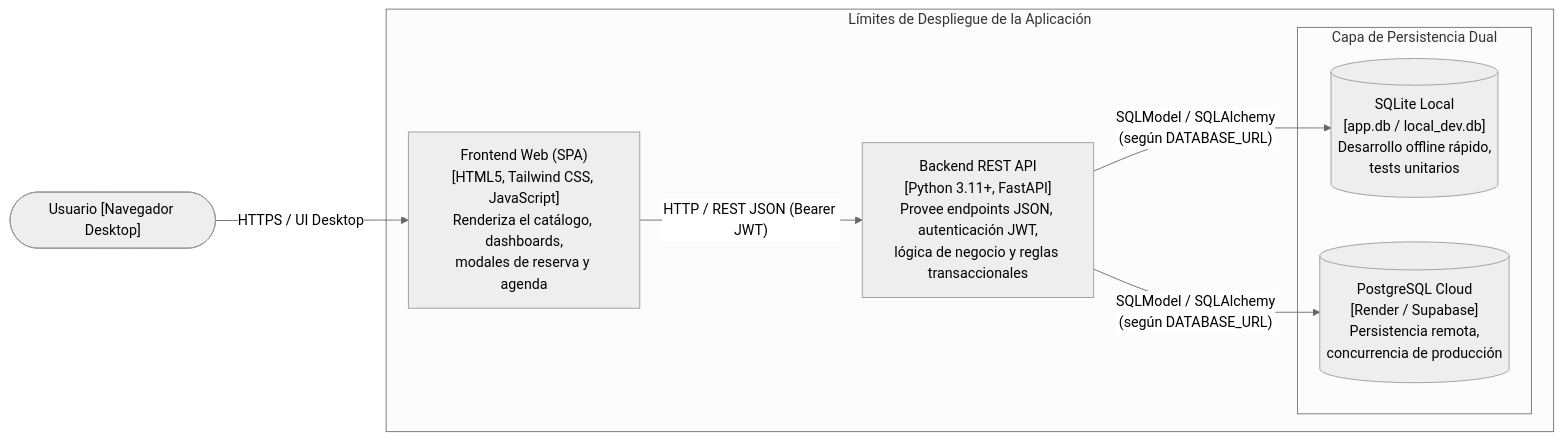
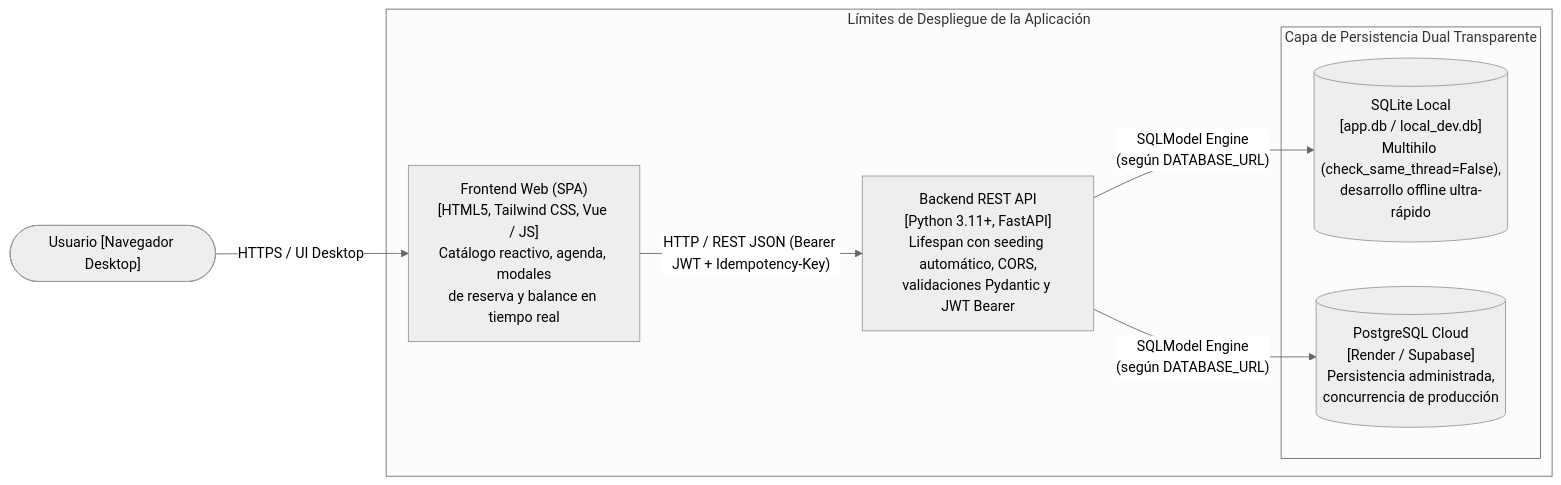
Before and after one commit to portomartin/9524: the second of 3 diagrams in proyecto-wbs/docs/Entrega/4.3.16-diagrama-de-arquitectura.md, drawn with Mermaid (neutral theme). The commit also changed other lines of this file and 3 other files, not shown here.

Commit message:
refactor(arquitectura): sincronizar 4.3.16 y slide con la implementacion real de FastAPI, SQLModel y capas del backend

````diff
--- a/proyecto-wbs/docs/Entrega/4.3.16-diagrama-de-arquitectura.md
+++ b/proyecto-wbs/docs/Entrega/4.3.16-diagrama-de-arquitectura.md
@@ -45,20 +55,20 @@
 ```mermaid
 flowchart LR
     User(["Usuario [Navegador Desktop]"])
 
-    subgraph Aplicacion["Límites de Despliegue de la Aplicación"]
-        Front["Frontend Web (SPA)\n[HTML5, Tailwind CSS, JavaScript]\nRenderiza el catálogo, dashboards,\nmodales de reserva y agenda"]
+    subgraph Despliegue["Límites de Despliegue de la Aplicación"]
+        Front["Frontend Web (SPA)\n[HTML5, Tailwind CSS, Vue / JS]\nCatálogo reactivo, agenda, modales\nde reserva y balance en tiempo real"]
         
-        API["Backend REST API\n[Python 3.11+, FastAPI]\nProvee endpoints JSON, autenticación JWT,\nlógica de negocio y reglas transaccionales"]
+        API["Backend REST API\n[Python 3.11+, FastAPI]\nLifespan con seeding automático, CORS,\nvalidaciones Pydantic y JWT Bearer"]
         
-        subgraph Persistencia["Capa de Persistencia Dual"]
-            SQLite[("SQLite Local\n[app.db / local_dev.db]\nDesarrollo offline rápido,\ntests unitarios")]
-            Postgres[("PostgreSQL Cloud\n[Render / Supabase]\nPersistencia remota,\nconcurrencia de producción")]
+        subgraph Persistencia["Capa de Persistencia Dual Transparente"]
+            SQLite[("SQLite Local\n[app.db / local_dev.db]\nMultihilo (check_same_thread=False),\ndesarrollo offline ultra-rápido")]
+            Postgres[("PostgreSQL Cloud\n[Render / Supabase]\nPersistencia administrada,\nconcurrencia de producción")]
         end
     end
 
     User -->|"HTTPS / UI Desktop"| Front
-    Front -->|"HTTP / REST JSON (Bearer JWT)"| API
-    API -->|"SQLModel / SQLAlchemy\n(según DATABASE_URL)"| SQLite
-    API -->|"SQLModel / SQLAlchemy\n(según DATABASE_URL)"| Postgres
+    Front -->|"HTTP / REST JSON (Bearer JWT + Idempotency-Key)"| API
+    API -->|"SQLModel Engine\n(según DATABASE_URL)"| SQLite
+    API -->|"SQLModel Engine\n(según DATABASE_URL)"| Postgres
 ```
````
